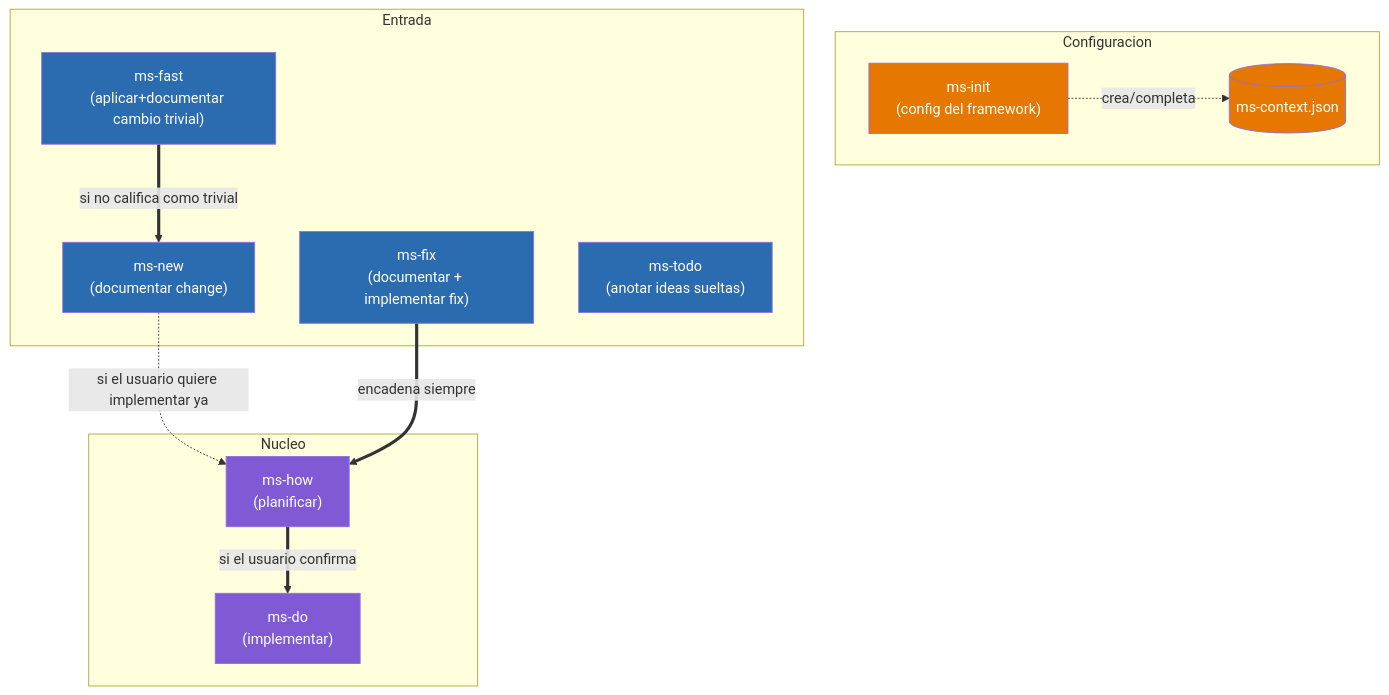
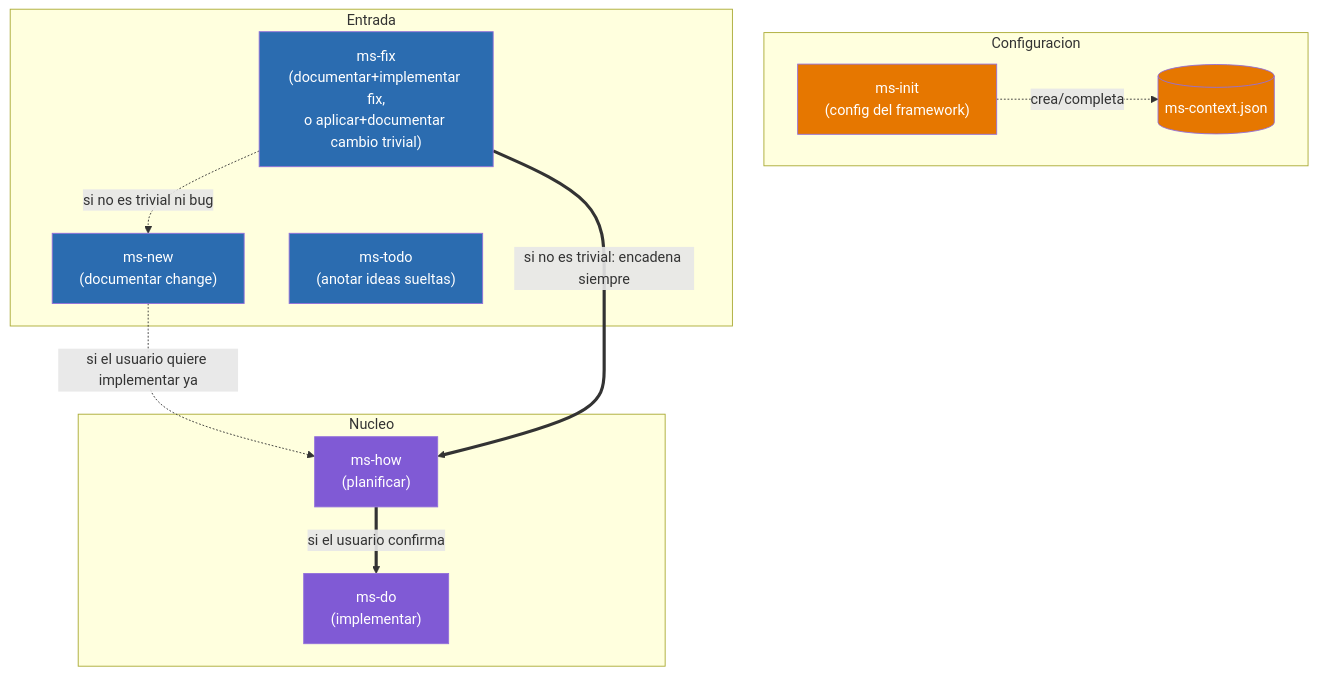
One commit to yeyopepe/bgfactory changed the diagram in .claude/ms-design.md. Above: the diagram before and after it, drawn with Mermaid. The commit also changed other lines of this file and 29 other files, not shown here.

````diff
--- a/.claude/ms-design.md
+++ b/.claude/ms-design.md
@@ -11,33 +18,32 @@
 ```mermaid
 graph TD
     subgraph Configuracion
         ms_init["ms-init<br/>(config del framework)"]
         ms_context[("ms-context.json")]
     end
 
     subgraph Entrada
         ms_new["ms-new<br/>(documentar change)"]
-        ms_fix["ms-fix<br/>(documentar + implementar fix)"]
-        ms_fast["ms-fast<br/>(aplicar+documentar cambio trivial)"]
+        ms_fix["ms-fix<br/>(documentar+implementar fix,<br/>o aplicar+documentar cambio trivial)"]
         ms_todo["ms-todo<br/>(anotar ideas sueltas)"]
     end
 
     subgraph Nucleo
         ms_how["ms-how<br/>(planificar)"]
         ms_do["ms-do<br/>(implementar)"]
     end
 
     ms_init -.->|crea/completa| ms_context
 
     ms_new -.->|"si el usuario quiere implementar ya"| ms_how
-    ms_fix ==>|encadena siempre| ms_how
-    ms_fast ==>|"si no califica como trivial"| ms_new
+    ms_fix ==>|"si no es trivial: encadena siempre"| ms_how
+    ms_fix -.->|"si no es trivial ni bug"| ms_new
     ms_how ==>|"si el usuario confirma"| ms_do
 
     classDef entry fill:#2b6cb0,color:#fff
     classDef core fill:#805ad5,color:#fff
     classDef config fill:#e67700,color:#fff
-    class ms_new,ms_fix,ms_fast,ms_todo entry
+    class ms_new,ms_fix,ms_todo entry
     class ms_how,ms_do core
     class ms_init,ms_context config
 ```
````
